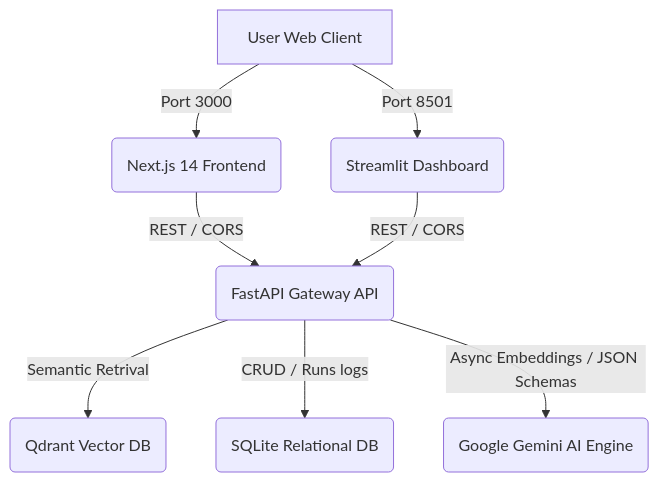
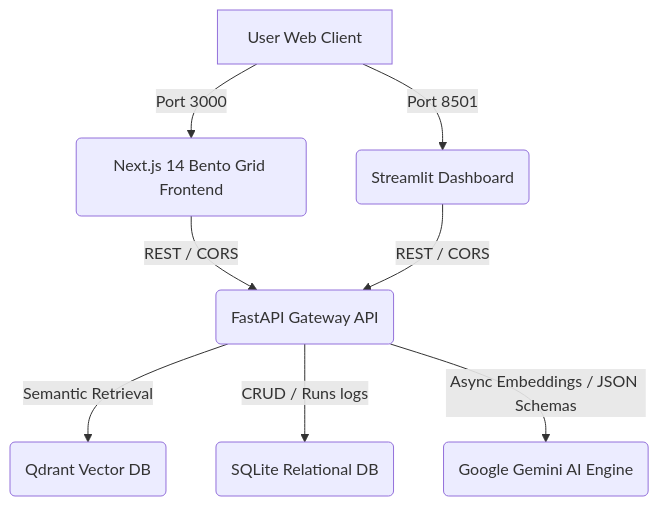
The diagram in README.md (Indrasish7/ReguDrift_AI), drawn with Mermaid before and after one commit. The commit also changed other lines of this file, not shown here.

Commit message:
Update README.md with details of three new enterprise features and Bento Grid Dark HUD redesign

````diff
--- a/README.md
+++ b/README.md
@@ -24,10 +30,10 @@
 ```mermaid
 graph TD
-    A[User Web Client] -->|Port 3000| B(Next.js 14 Frontend)
+    A[User Web Client] -->|Port 3000| B(Next.js 14 Bento Grid Frontend)
     A -->|Port 8501| C(Streamlit Dashboard)
     B -->|REST / CORS| D(FastAPI Gateway API)
     C -->|REST / CORS| D
-    D -->|Semantic Retrival| E(Qdrant Vector DB)
+    D -->|Semantic Retrieval| E(Qdrant Vector DB)
     D -->|CRUD / Runs logs| F(SQLite Relational DB)
     D -->|Async Embeddings / JSON Schemas| G(Google Gemini AI Engine)
 ```
````
